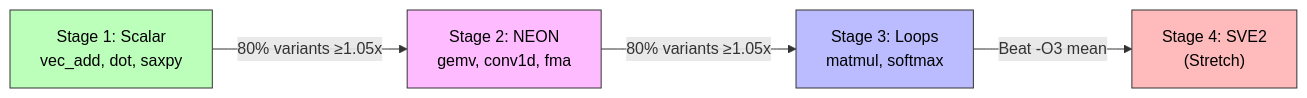
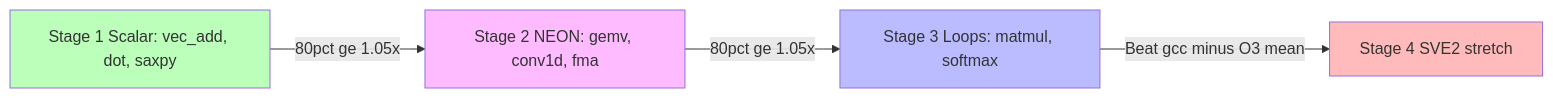
One commit to ka-ori/arm-gym changed the third of 3 diagrams in README.md. Above: the diagram before and after it, drawn with Mermaid. The commit also changed other lines of this file and 1 other file, not shown here.

First line of the commit message:
docs: fix Mermaid diagrams for HF/GitHub (graph LR, ASCII labels)

````diff
--- a/README.md
+++ b/README.md
@@ -79,11 +77,10 @@
 ```mermaid
-flowchart LR
-    S1["Stage 1: Scalar<br/>vec_add, dot, saxpy"] -->|"80% variants ≥1.05x"| S2["Stage 2: NEON<br/>gemv, conv1d, fma"]
-    S2 -->|"80% variants ≥1.05x"| S3["Stage 3: Loops<br/>matmul, softmax"]
-    S3 -->|"Beat -O3 mean"| S4["Stage 4: SVE2<br/>(Stretch)"]
-
-    style S1 fill:#bfb,stroke:#333,color:#000
-    style S2 fill:#fbf,stroke:#333,color:#000
-    style S3 fill:#bbf,stroke:#333,color:#000
-    style S4 fill:#fbb,stroke:#333,color:#000
+graph LR
+    S1["Stage 1 Scalar: vec_add, dot, saxpy"] -->|80pct ge 1.05x| S2["Stage 2 NEON: gemv, conv1d, fma"]
+    S2 -->|80pct ge 1.05x| S3["Stage 3 Loops: matmul, softmax"]
+    S3 -->|Beat gcc minus O3 mean| S4["Stage 4 SVE2 stretch"]
+    style S1 fill:#bbffbb
+    style S2 fill:#ffbbff
+    style S3 fill:#bbbbff
+    style S4 fill:#ffbbbb
 ```
````
